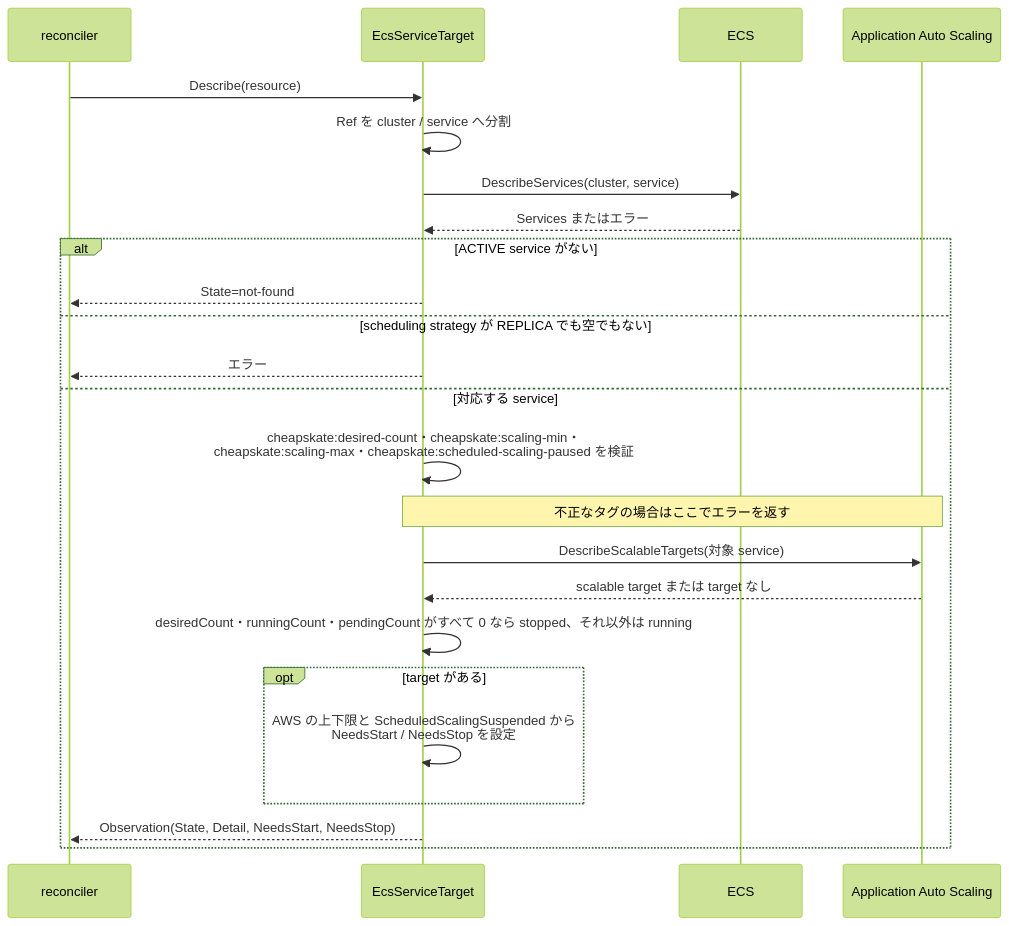
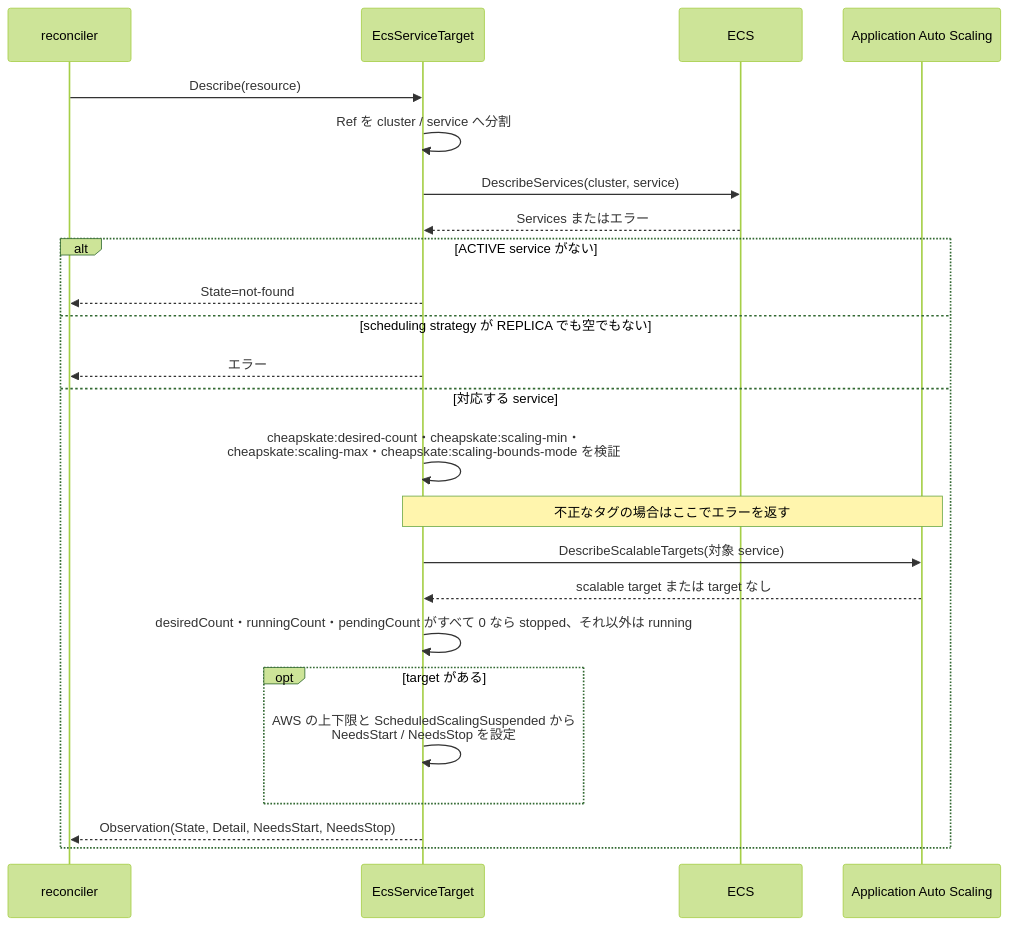
Before and after one commit to moepig/cheapskate: the fifth of 9 diagrams in docs/ja/development/resource_sequence.md, drawn with Mermaid (forest theme). The commit also changed other lines of this file and 22 other files, not shown here.

Commit message:
Clarify ECS scaling bounds management modes

````diff
--- a/docs/ja/development/resource_sequence.md
+++ b/docs/ja/development/resource_sequence.md
@@ -188,26 +190,26 @@
 ```mermaid
 sequenceDiagram
     participant Reconciler as reconciler
     participant Adapter as EcsServiceTarget
     participant EcsAPI as ECS
     participant AutoScaling as Application Auto Scaling
     Reconciler->>Adapter: Describe(resource)
     Adapter->>Adapter: Ref を cluster / service へ分割
     Adapter->>EcsAPI: DescribeServices(cluster, service)
     EcsAPI-->>Adapter: Services またはエラー
     alt ACTIVE service がない
         Adapter-->>Reconciler: State=not-found
     else scheduling strategy が REPLICA でも空でもない
         Adapter-->>Reconciler: エラー
     else 対応する service
-        Adapter->>Adapter: cheapskate:desired-count・cheapskate:scaling-min・<br/>cheapskate:scaling-max・cheapskate:scheduled-scaling-paused を検証
+        Adapter->>Adapter: cheapskate:desired-count・cheapskate:scaling-min・<br/>cheapskate:scaling-max・cheapskate:scaling-bounds-mode を検証
         Note over Adapter,AutoScaling: 不正なタグの場合はここでエラーを返す
         Adapter->>AutoScaling: DescribeScalableTargets(対象 service)
         AutoScaling-->>Adapter: scalable target または target なし
         Adapter->>Adapter: desiredCount・runningCount・pendingCount がすべて 0 なら stopped、それ以外は running
         opt target がある
             Adapter->>Adapter: AWS の上下限と ScheduledScalingSuspended から<br/>NeedsStart / NeedsStop を設定
         end
         Adapter-->>Reconciler: Observation(State, Detail, NeedsStart, NeedsStop)
     end
 ```
````
